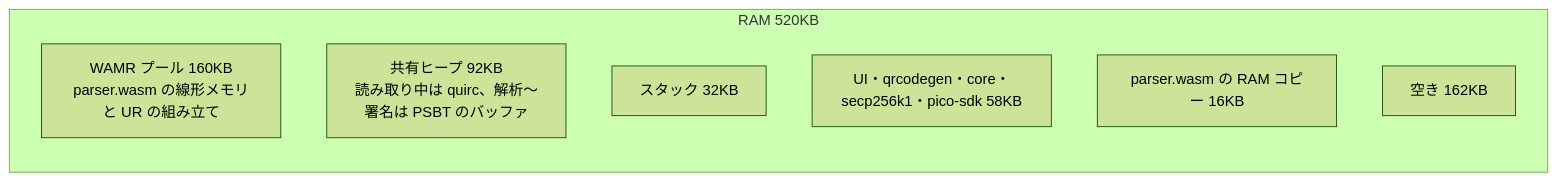
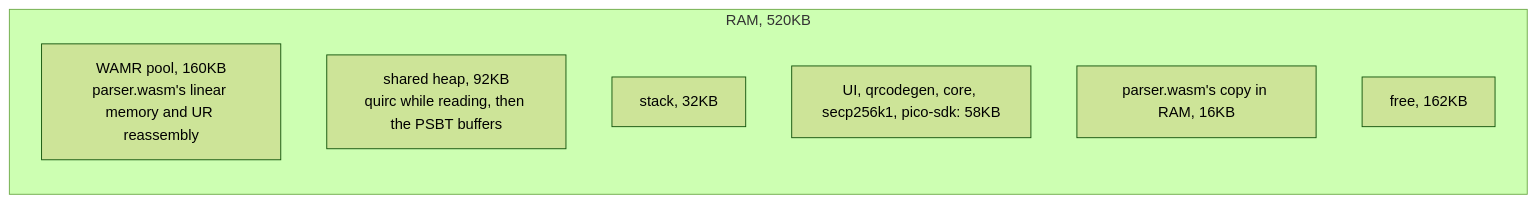
One commit to habakan/jitsu-in-pico changed the fourth of 4 diagrams in docs/architecture.md. Above: the diagram before and after it, drawn with Mermaid (forest theme). The commit also changed other lines of this file and 1 other file, not shown here.

````diff
--- a/docs/architecture.md
+++ b/docs/architecture.md
@@ -108,11 +112,11 @@
 ```mermaid
 flowchart LR
-    subgraph ram["RAM 520KB"]
-        pool["WAMR プール 160KB<br/>parser.wasm の線形メモリと UR の組み立て"]
-        heap["共有ヒープ 92KB<br/>読み取り中は quirc、解析〜署名は PSBT のバッファ"]
-        stack["スタック 32KB"]
-        other["UI・qrcodegen・core・secp256k1・pico-sdk 58KB"]
-        wasmcopy["parser.wasm の RAM コピー 16KB"]
-        free["空き 162KB"]
+    subgraph ram["RAM, 520KB"]
+        pool["WAMR pool, 160KB<br/>parser.wasm's linear memory and UR reassembly"]
+        heap["shared heap, 92KB<br/>quirc while reading, then the PSBT buffers"]
+        stack["stack, 32KB"]
+        other["UI, qrcodegen, core, secp256k1, pico-sdk: 58KB"]
+        wasmcopy["parser.wasm's copy in RAM, 16KB"]
+        free["free, 162KB"]
     end
 ```
````
